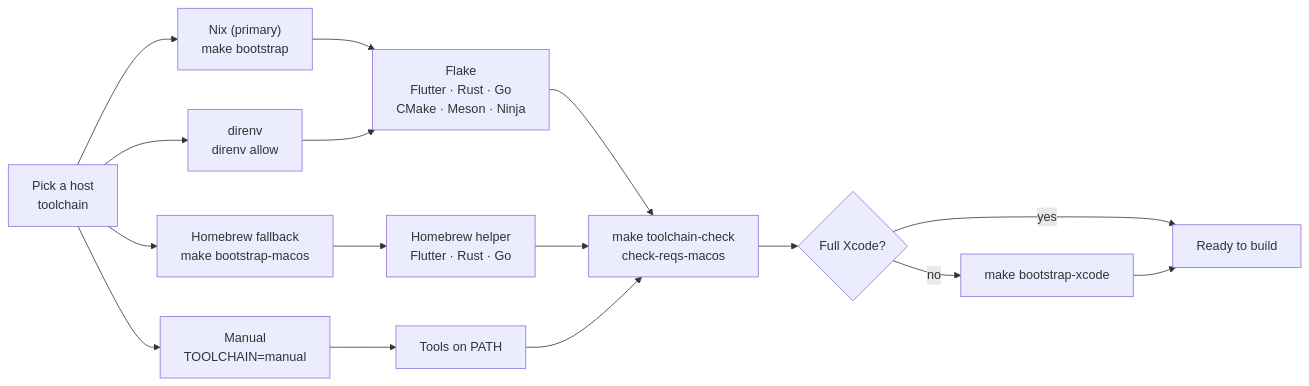
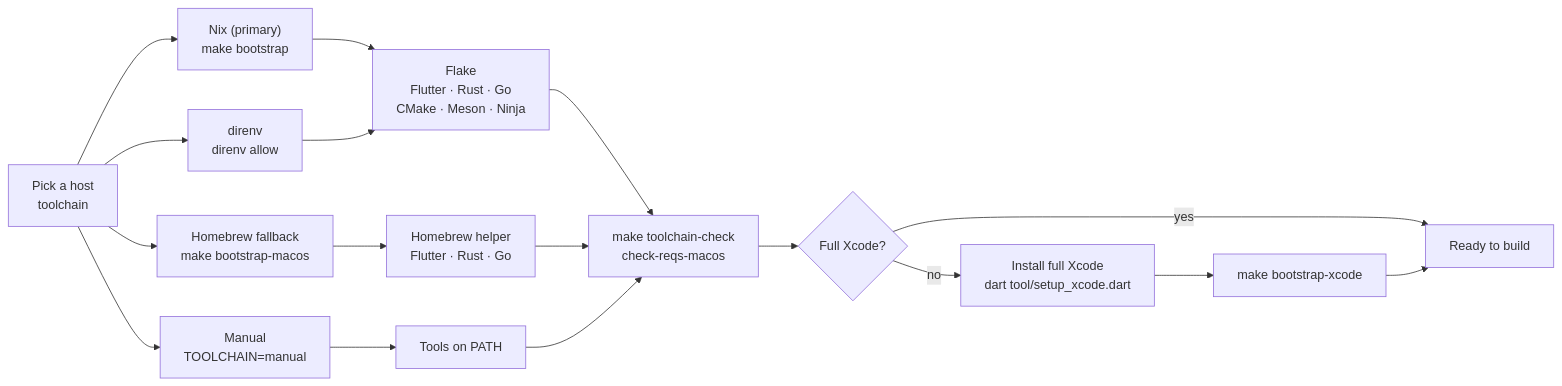
The first of 2 diagrams in docs/building/make-flow.md (cypherstack/stack_wallet), drawn with Mermaid before and after one commit. The commit also changed other lines of this file and 8 other files, not shown here.

````diff
--- a/docs/building/make-flow.md
+++ b/docs/building/make-flow.md
@@ -21,22 +21,23 @@
 ```mermaid
 flowchart LR
     S["Pick a host<br/>toolchain"]
     S --> N["Nix (primary)<br/>make bootstrap"]
     S --> D["direnv<br/>direnv allow"]
     S --> B["Homebrew fallback<br/>make bootstrap-macos"]
     S --> M["Manual<br/>TOOLCHAIN=manual"]
 
     N --> F["Flake<br/>Flutter · Rust · Go<br/>CMake · Meson · Ninja"]
     D --> F
     B --> H["Homebrew helper<br/>Flutter · Rust · Go"]
     M --> P["Tools on PATH"]
 
     F --> C["make toolchain-check<br/>check-reqs-macos"]
     H --> C
     P --> C
 
     C --> X{"Full Xcode?"}
     X -- yes --> R["Ready to build"]
-    X -- no --> XS["make bootstrap-xcode"]
+    X -- no --> INSTALL["Install full Xcode<br/>dart tool/setup_xcode.dart"]
+    INSTALL --> XS["make bootstrap-xcode"]
     XS --> R
 ```
````
